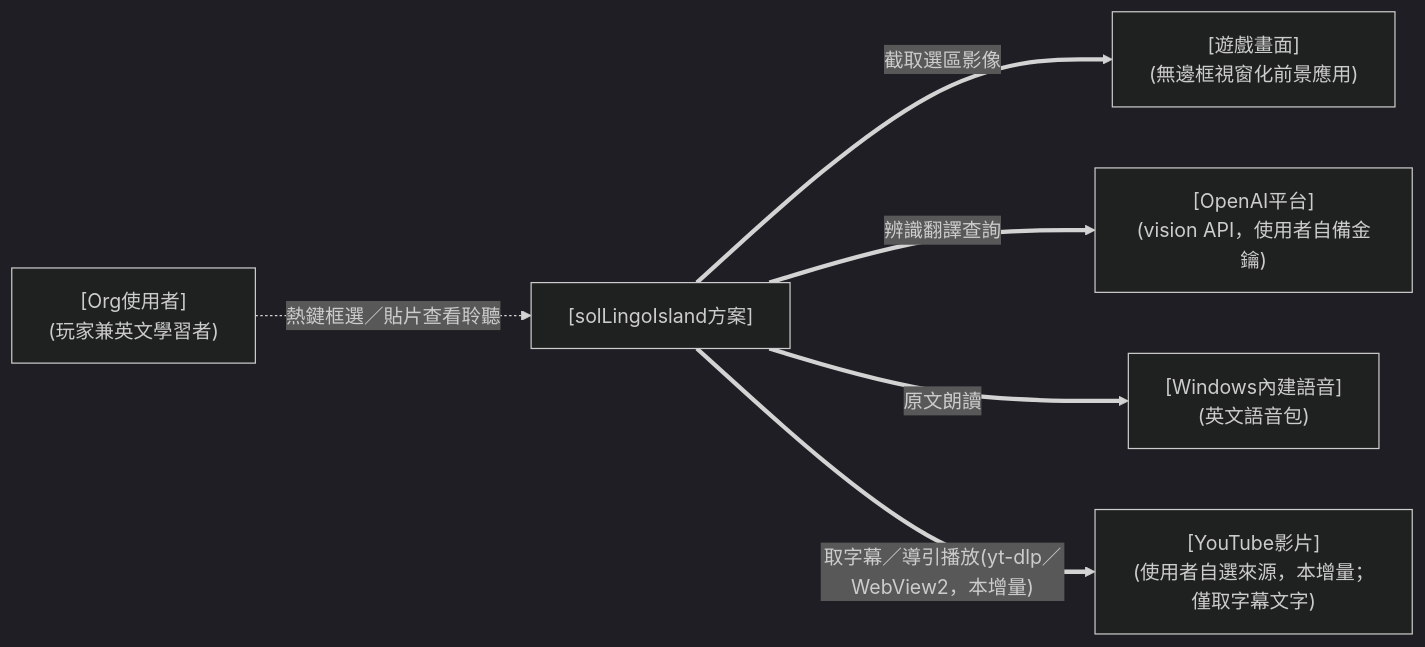
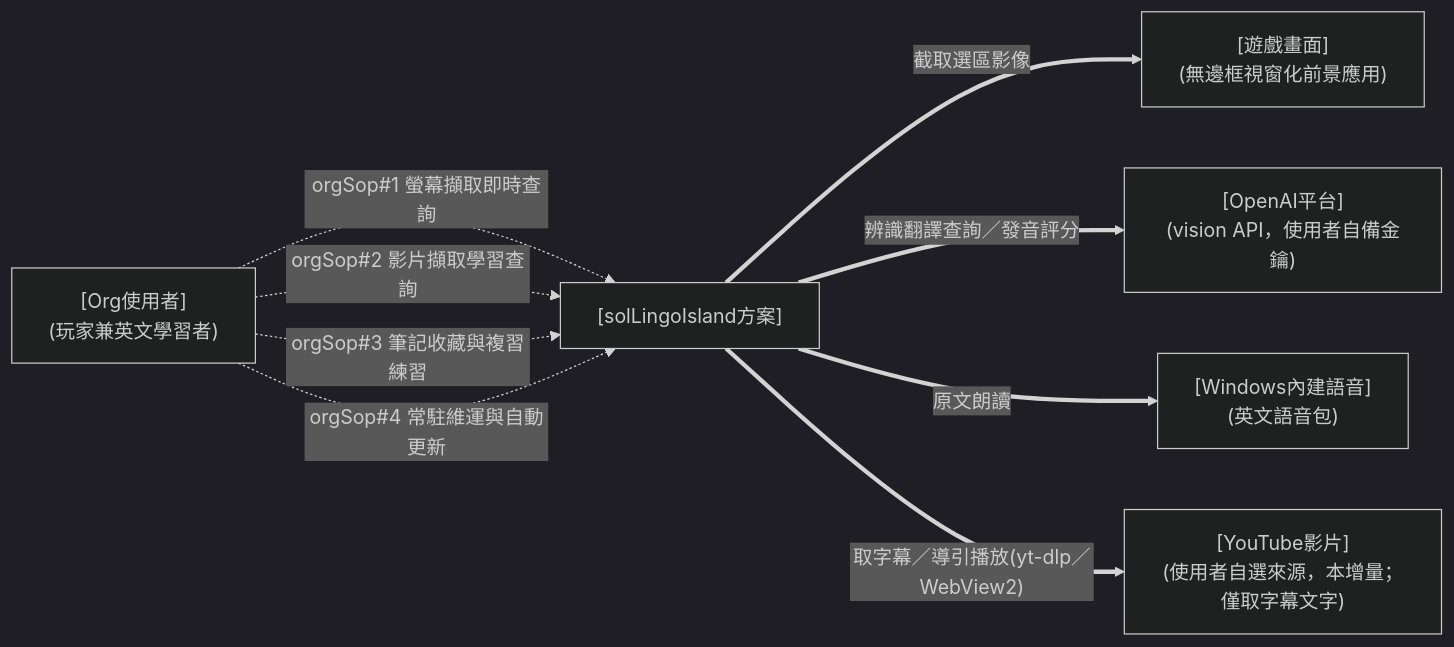
The first of 6 diagrams in docs/design.md (twStellerWhale-Ocean2/solLingoIsland), drawn with Mermaid (dark theme) before and after one commit. The commit also changed other lines of this file, not shown here.

First line of the commit message:
refactor(present): 依 FORMAT 重構 design.md——spec 收斂 3 大類、orgSop 一線一條、人員編組拆案外/案內

````diff
--- a/docs/design.md
+++ b/docs/design.md
@@ -31,16 +31,19 @@
 ```mermaid
 flowchart LR
 
 USR["[Org使用者]<br/>(玩家兼英文學習者)"]
 GAME["[遊戲畫面]<br/>(無邊框視窗化前景應用)"]
 SOL["[solLingoIsland方案]"]
 OPENAI["[OpenAI平台]<br/>(vision API，使用者自備金鑰)"]
 SPEECH["[Windows內建語音]<br/>(英文語音包)"]
 YT["[YouTube影片]<br/>(使用者自選來源，本增量；僅取字幕文字)"]
 
-USR -.->|"熱鍵框選／貼片查看聆聽"| SOL
+USR -.->|"orgSop#1 螢幕擷取即時查詢"| SOL
+USR -.->|"orgSop#2 影片擷取學習查詢"| SOL
+USR -.->|"orgSop#3 筆記收藏與複習練習"| SOL
+USR -.->|"orgSop#4 常駐維運與自動更新"| SOL
 SOL ==>|"截取選區影像"| GAME
-SOL ==>|"辨識翻譯查詢"| OPENAI
+SOL ==>|"辨識翻譯查詢／發音評分"| OPENAI
 SOL ==>|"原文朗讀"| SPEECH
-SOL ==>|"取字幕／導引播放(yt-dlp／WebView2，本增量)"| YT
+SOL ==>|"取字幕／導引播放(yt-dlp／WebView2)"| YT
 ```
````
